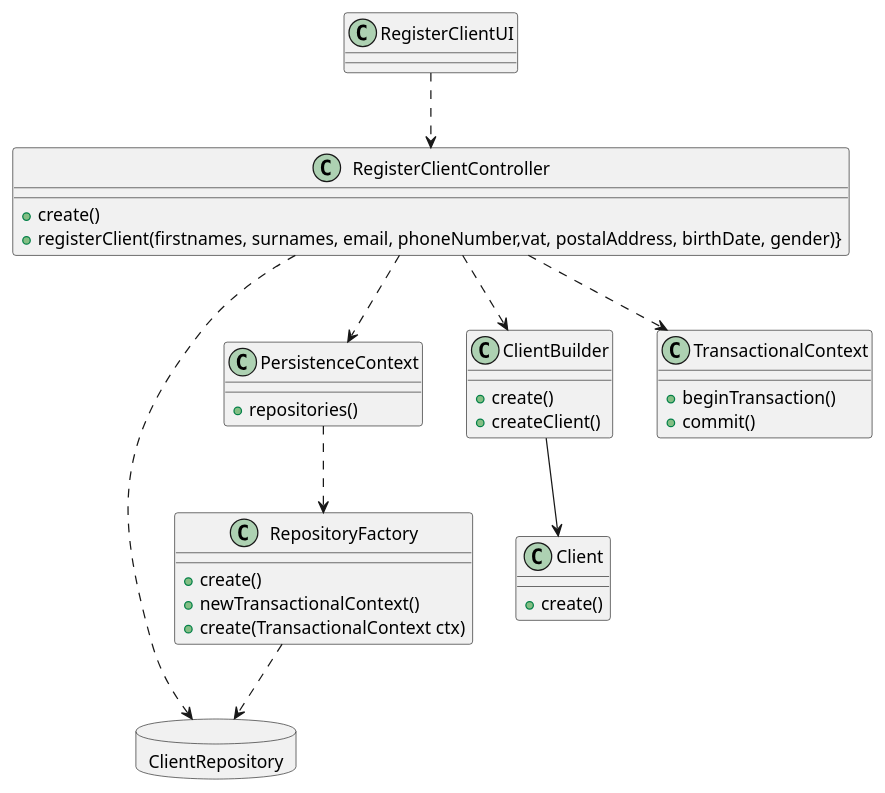
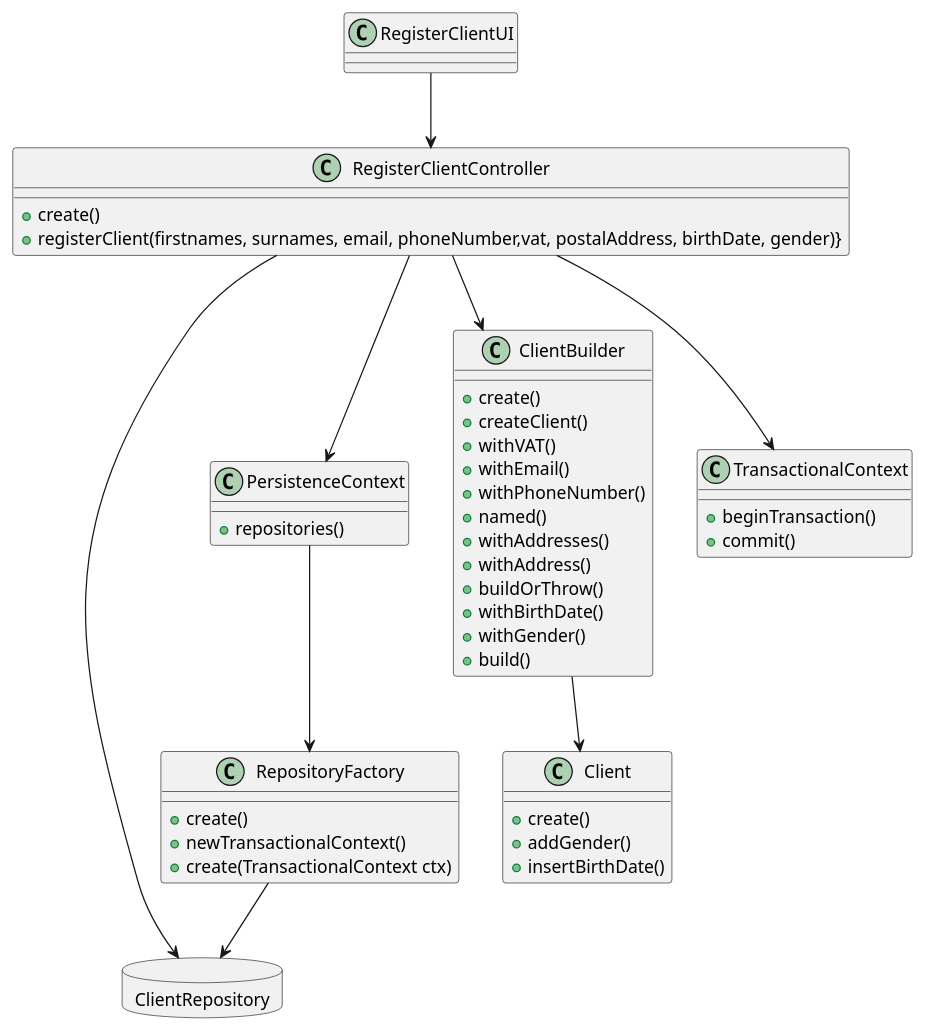
The diagram in docs/1201386/US1003/CD_RegistarCliente.puml (0franciscor/lei21_22_s4_2de_01), drawn with PlantUML before and after one commit. The commit also changed 10 other files, not shown here.

```diff
--- a/docs/1201386/US1003/CD_RegistarCliente.puml
+++ b/docs/1201386/US1003/CD_RegistarCliente.puml
@@ -1,55 +1,67 @@
 @startuml
 'https://plantuml.com/class-diagram
 
 class RegisterClientUI{
 }
 
 class RegisterClientController{
 +create()
 +registerClient(firstnames, surnames, email, phoneNumber,vat, postalAddress, birthDate, gender)}
 }
 
 
 class PersistenceContext{
 +repositories()
 }
 
 class RepositoryFactory{
 +create()
 +newTransactionalContext()
 +create(TransactionalContext ctx)
 }
 
 database ClientRepository{
 }
 
 class Client{
 +create()
++addGender()
++insertBirthDate()
 }
 
 class ClientBuilder{
 +create()
 +createClient()
++withVAT()
++withEmail()
++withPhoneNumber()
++named()
++withAddresses()
++withAddress()
++buildOrThrow()
++withBirthDate()
++withGender()
++build()
 }
 
 class TransactionalContext{
 +beginTransaction()
 +commit()
 }
 
 
-RegisterClientUI ..> RegisterClientController
+RegisterClientUI --> RegisterClientController
 
-RegisterClientController..>ClientBuilder
-RegisterClientController..>PersistenceContext
-RegisterClientController..>TransactionalContext
-RegisterClientController..>ClientRepository
+RegisterClientController-->ClientBuilder
+RegisterClientController-->PersistenceContext
+RegisterClientController-->TransactionalContext
+RegisterClientController-->ClientRepository
 
 ClientBuilder --> Client
 
-PersistenceContext..>RepositoryFactory
+PersistenceContext-->RepositoryFactory
 
-RepositoryFactory..>ClientRepository
+RepositoryFactory-->ClientRepository
 
 
 @enduml
```
